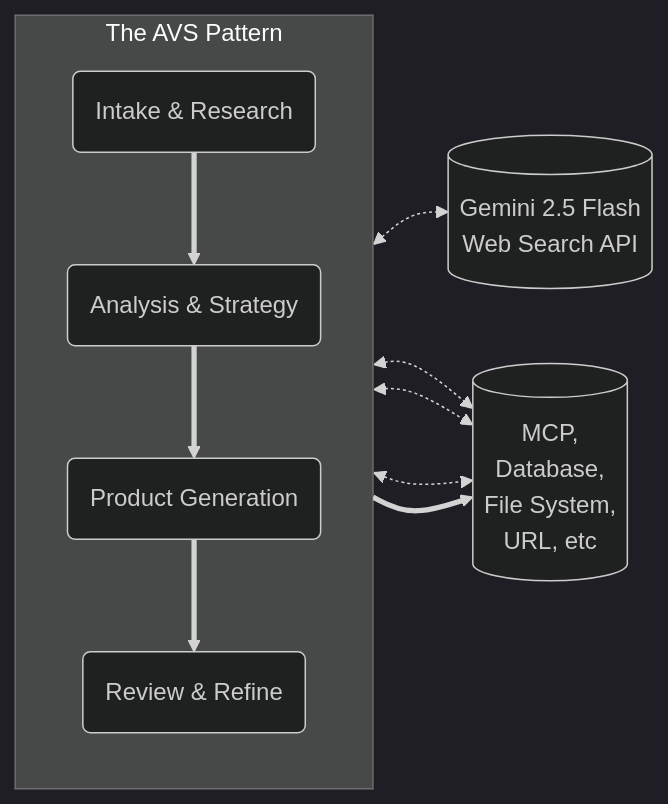
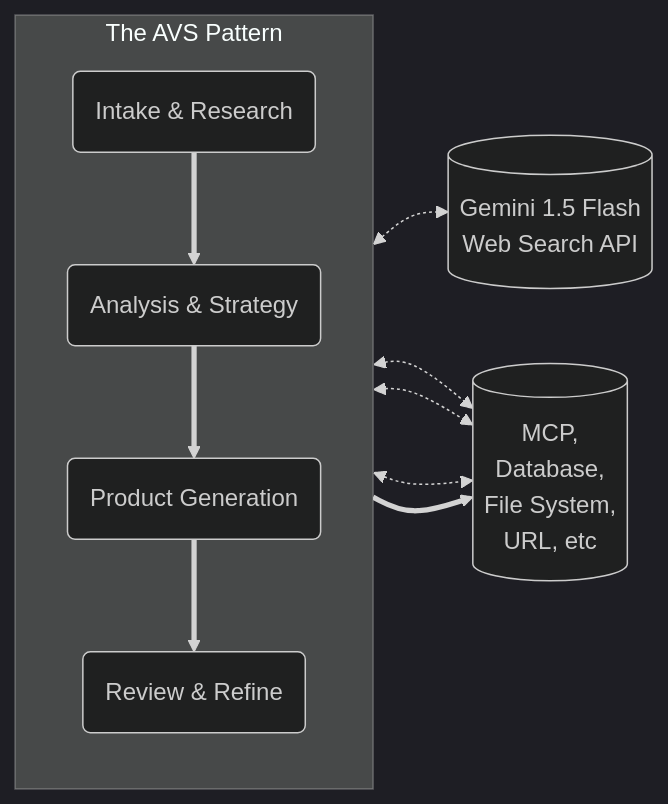
One commit to AVS-Orchestration/avs-toolkit changed the first of 2 diagrams in README.md. Above: the diagram before and after it, drawn with Mermaid (dark theme). The commit also changed other lines of this file and 8 other files, not shown here.

First line of the commit message:
feat: implement live web research via Gemini search grounding

````diff
--- a/README.md
+++ b/README.md
@@ -17,24 +17,24 @@
 ```mermaid
 graph LR
     subgraph Process [The AVS Pattern]
         direction TB
         VS-000(Intake & Research)
         VS-001(Analysis & Strategy)
         VS-002(Product Generation)
         VS-003(Review & Refine)
 
         
         %% Vertical flow connections
         VS-000 ==> VS-001 ==> VS-002 ==> VS-003 
     end
 
     Context[(MCP,<br>Database,<br>File System,<br>URL, etc)]
-    AI-CLoud[(Gemini 2.5 Flash<br>Web Search API)]
+    AI-CLoud[(Gemini 1.5 Flash<br>Web Search API)]
 
     %% Connections to the right
     VS-000 <-.-> AI-CLoud
     VS-001 <-.-> Context
     VS-002 <-.-> Context
     VS-003 <-.-> Context
     VS-003 ==> Context
 ```
````
